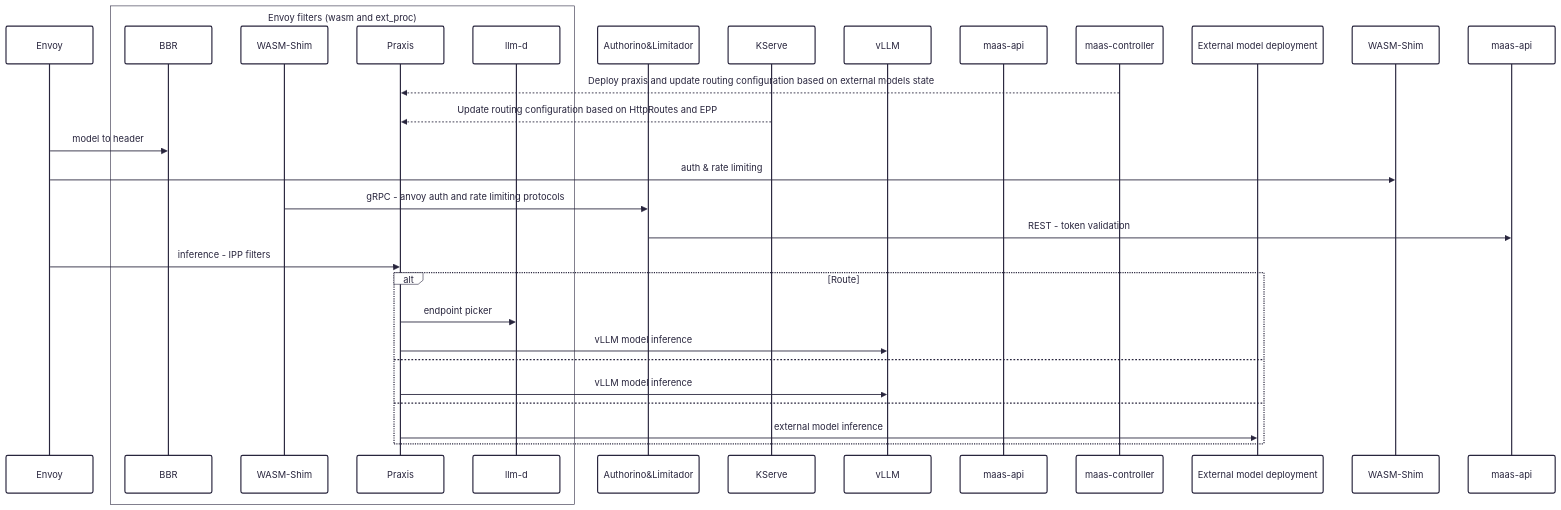
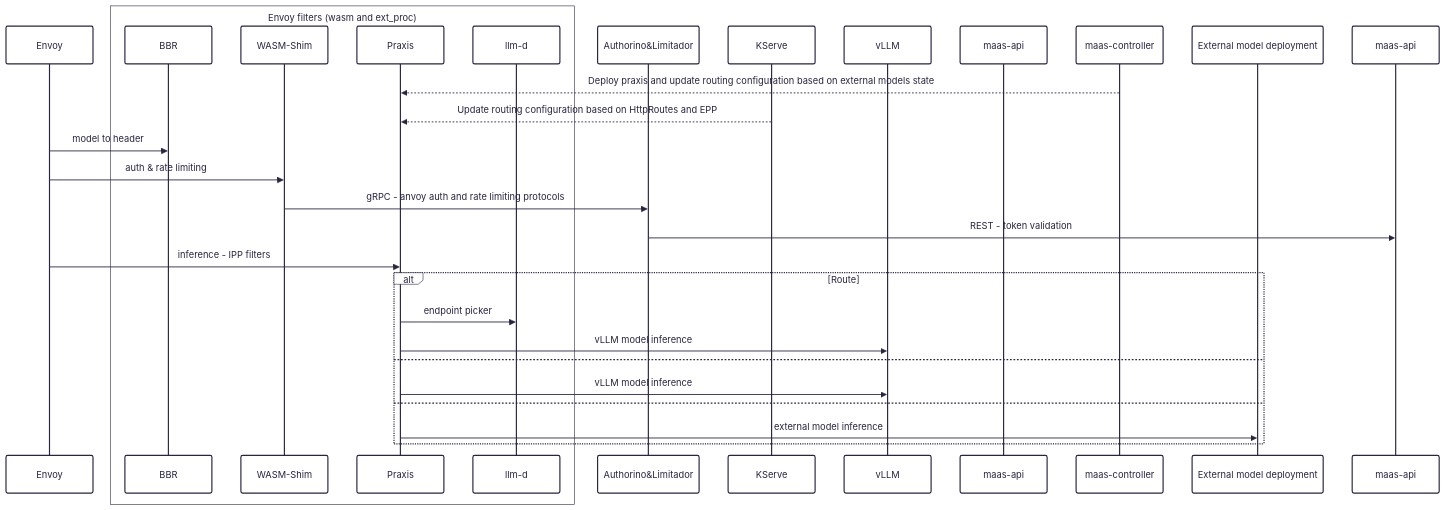
The second of 2 diagrams in docs/proposals/ai-gateway 3.6 discussion.md (mariusdanciu/praxis-extproc), drawn with Mermaid before and after one commit.

Commit message:
doc: fix typo

````diff
--- a/docs/proposals/ai-gateway 3.6 discussion.md
+++ b/docs/proposals/ai-gateway 3.6 discussion.md
@@ -55,38 +55,38 @@
 ```mermaid
 ---
 config:
   theme: redux
 ---
 sequenceDiagram
     participant envoy as Envoy
     box Envoy filters (wasm and ext_proc)
         participant BBR
         participant wasm as WASM-Shim
         participant praxis as Praxis
         participant llm-d
     end
     participant al as Authorino&Limitador
     participant kserve as KServe
     participant vLLM
     participant ma as maas-api
     participant mc as maas-controller
     participant em as External model deployment
 
     mc-->>praxis: Deploy praxis and update routing configuration based on external models state
     kserve-->>praxis: Update routing configuration based on HttpRoutes and EPP
     envoy->>BBR: model to header
-    envoy->>WASM-Shim: auth & rate limiting
+    envoy->>wasm: auth & rate limiting
     wasm->>al: gRPC - anvoy auth and rate limiting protocols
     al->>maas-api: REST - token validation 
     envoy->>praxis: inference - IPP filters
     alt Route
         praxis->>llm-d: endpoint picker
         praxis->>vLLM: vLLM model inference
     else 
         praxis->>vLLM: vLLM model inference
     else
         praxis->>em: external model inference
     end
 
  
 ```
````
